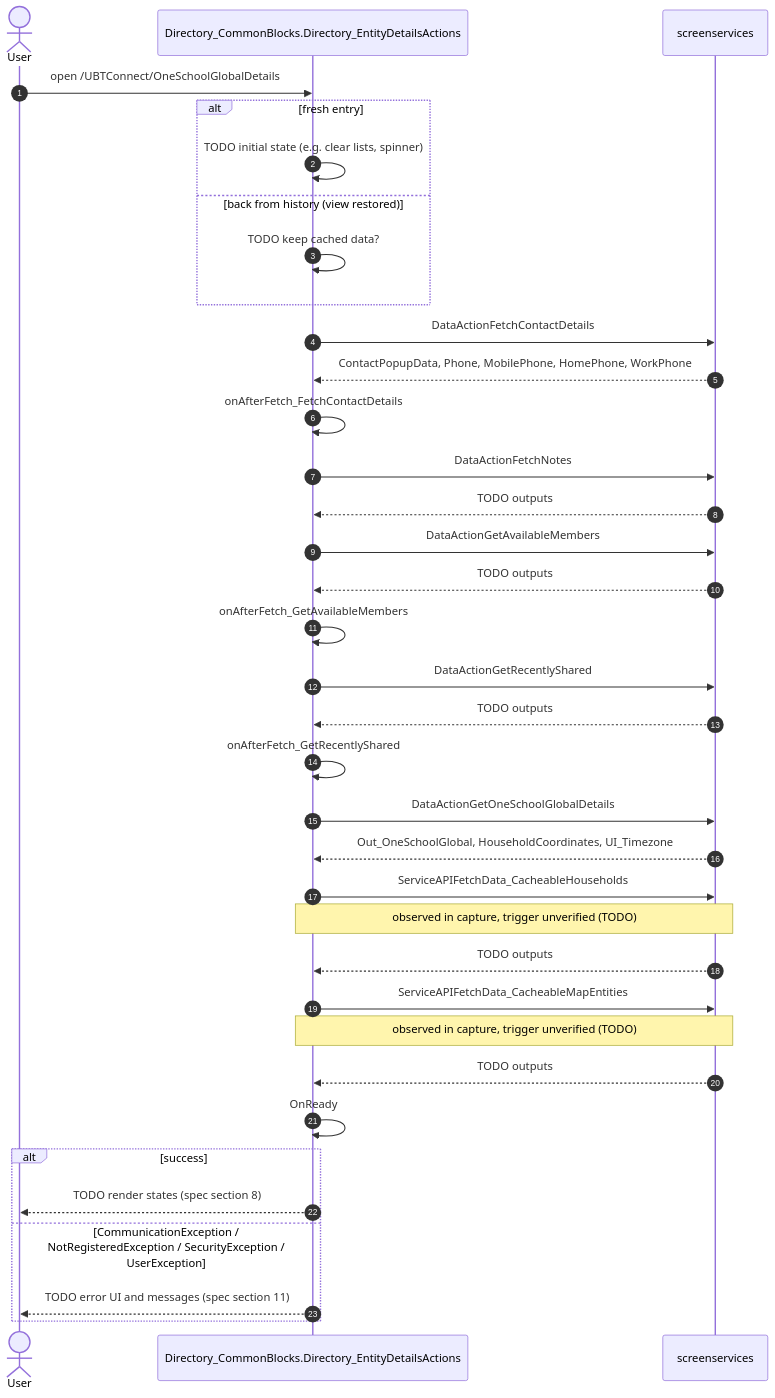
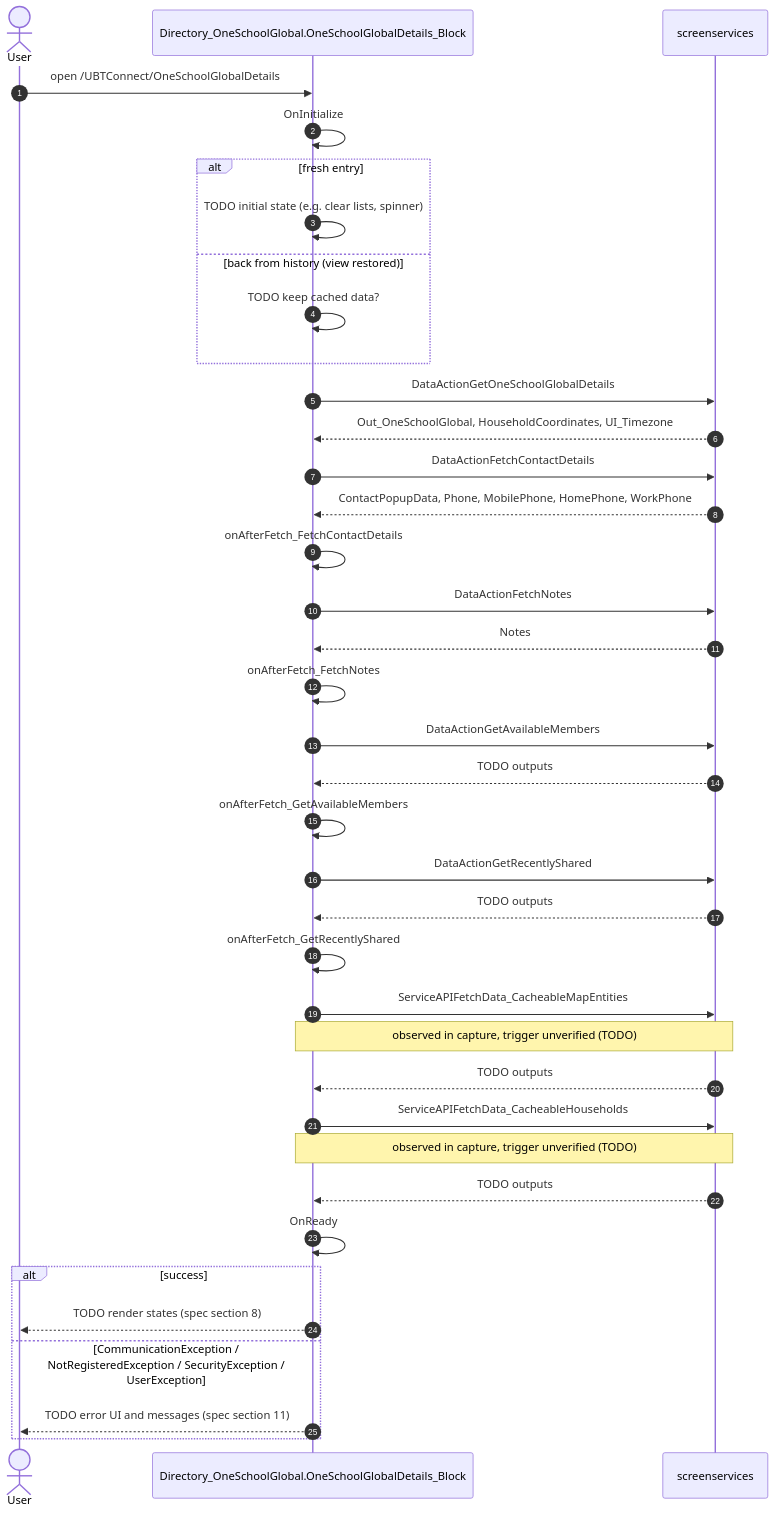
The second of 7 diagrams in migration/screens/OneSchoolGlobalDetails/analysis/diagrams.md (Phoenix-DX/connect-new-ui), drawn with Mermaid before and after one commit. The commit also changed other lines of this file and 2084 other files, not shown here.

````diff
--- a/migration/screens/OneSchoolGlobalDetails/analysis/diagrams.md
+++ b/migration/screens/OneSchoolGlobalDetails/analysis/diagrams.md
@@ -94,39 +94,41 @@
 ```mermaid
 %% DRAFT generated by analyze_capture.py. Fill every TODO from the handlers in sources/pretty.
 sequenceDiagram
   autonumber
   actor U as User
-  participant S as Directory_CommonBlocks.Directory_EntityDetailsActions
+  participant S as Directory_OneSchoolGlobal.OneSchoolGlobalDetails_Block
   participant API as screenservices
   U->>S: open /UBTConnect/OneSchoolGlobalDetails
+  S->>S: OnInitialize
   alt fresh entry
     S->>S: TODO initial state (e.g. clear lists, spinner)
   else back from history (view restored)
     S->>S: TODO keep cached data?
   end
+  S->>API: DataActionGetOneSchoolGlobalDetails
+  API-->>S: Out_OneSchoolGlobal, HouseholdCoordinates, UI_Timezone
   S->>API: DataActionFetchContactDetails
   API-->>S: ContactPopupData, Phone, MobilePhone, HomePhone, WorkPhone
   S->>S: onAfterFetch_FetchContactDetails
   S->>API: DataActionFetchNotes
-  API-->>S: TODO outputs
+  API-->>S: Notes
+  S->>S: onAfterFetch_FetchNotes
   S->>API: DataActionGetAvailableMembers
   API-->>S: TODO outputs
   S->>S: onAfterFetch_GetAvailableMembers
   S->>API: DataActionGetRecentlyShared
   API-->>S: TODO outputs
   S->>S: onAfterFetch_GetRecentlyShared
-  S->>API: DataActionGetOneSchoolGlobalDetails
-  API-->>S: Out_OneSchoolGlobal, HouseholdCoordinates, UI_Timezone
-  S->>API: ServiceAPIFetchData_CacheableHouseholds
+  S->>API: ServiceAPIFetchData_CacheableMapEntities
   Note over S,API: observed in capture, trigger unverified (TODO)
   API-->>S: TODO outputs
-  S->>API: ServiceAPIFetchData_CacheableMapEntities
+  S->>API: ServiceAPIFetchData_CacheableHouseholds
   Note over S,API: observed in capture, trigger unverified (TODO)
   API-->>S: TODO outputs
   S->>S: OnReady
   alt success
     S-->>U: TODO render states (spec section 8)
   else CommunicationException / NotRegisteredException / SecurityException / UserException
     S-->>U: TODO error UI and messages (spec section 11)
   end
 ```
````
